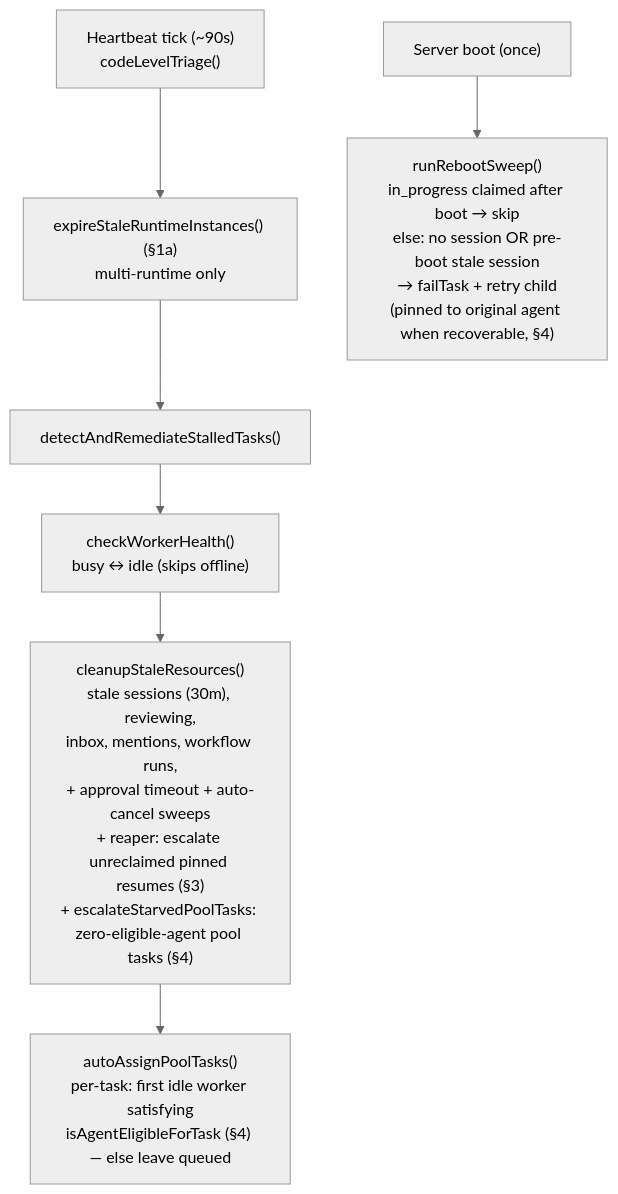
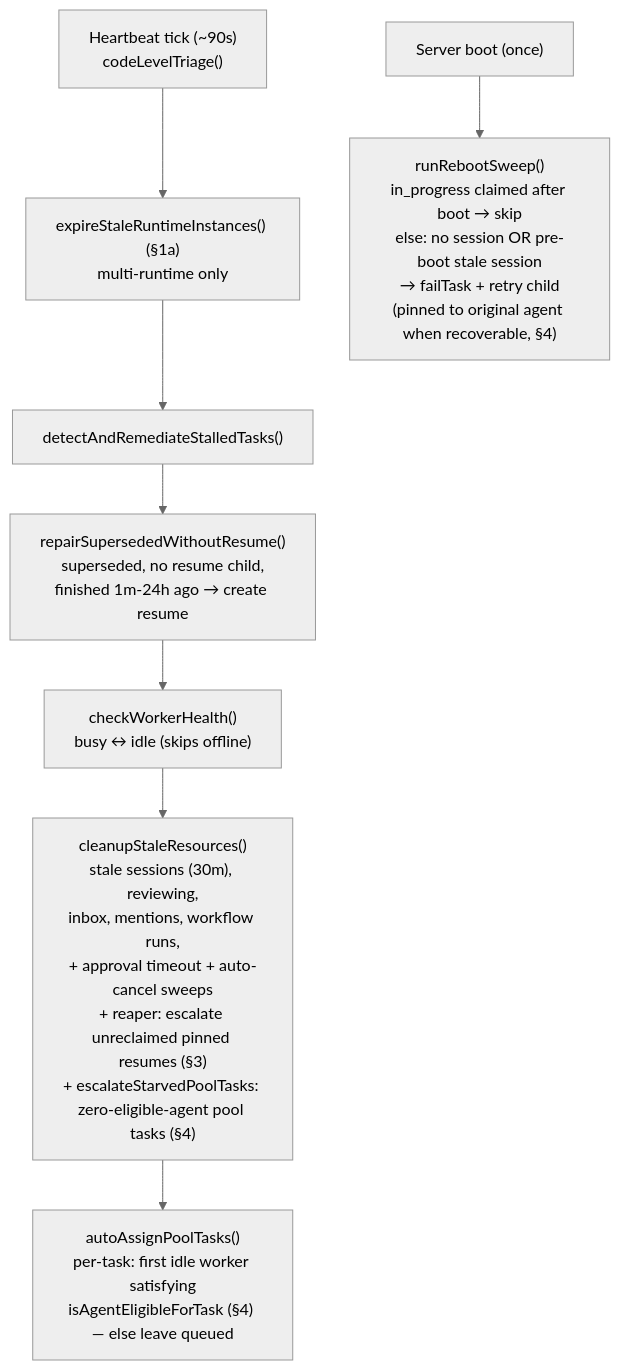
Before and after one commit to Capchase/agent-swarm: the first of 4 diagrams in runbooks/heartbeat-crash-recovery.md, drawn with Mermaid (neutral theme). The commit also changed other lines of this file and 6 other files, not shown here.

First line of the commit message:
fix(heartbeat): create the missing resume for a task superseded without one (#1670)

````diff
--- a/runbooks/heartbeat-crash-recovery.md
+++ b/runbooks/heartbeat-crash-recovery.md
@@ -15,10 +15,11 @@
 ```mermaid
 flowchart TD
   tick["Heartbeat tick (~90s)<br/>codeLevelTriage()"] --> expire["expireStaleRuntimeInstances() (§1a)<br/>multi-runtime only"]
   expire --> detect["detectAndRemediateStalledTasks()"]
-  detect --> health["checkWorkerHealth()<br/>busy ↔ idle (skips offline)"]
+  detect --> repair["repairSupersededWithoutResume()<br/>superseded, no resume child,<br/>finished 1m-24h ago → create resume"]
+  repair --> health["checkWorkerHealth()<br/>busy ↔ idle (skips offline)"]
   health --> cleanup["cleanupStaleResources()<br/>stale sessions (30m), reviewing,<br/>inbox, mentions, workflow runs,<br/>+ approval timeout + auto-cancel sweeps<br/>+ reaper: escalate unreclaimed pinned resumes (§3)<br/>+ escalateStarvedPoolTasks: zero-eligible-agent pool tasks (§4)"]
   cleanup --> assign["autoAssignPoolTasks()<br/>per-task: first idle worker satisfying<br/>isAgentEligibleForTask (§4) — else leave queued"]
 
   boot["Server boot (once)"] --> reboot["runRebootSweep()<br/>in_progress claimed after boot → skip<br/>else: no session OR pre-boot stale session<br/>→ failTask + retry child<br/>(pinned to original agent when recoverable, §4)"]
 ```
````
